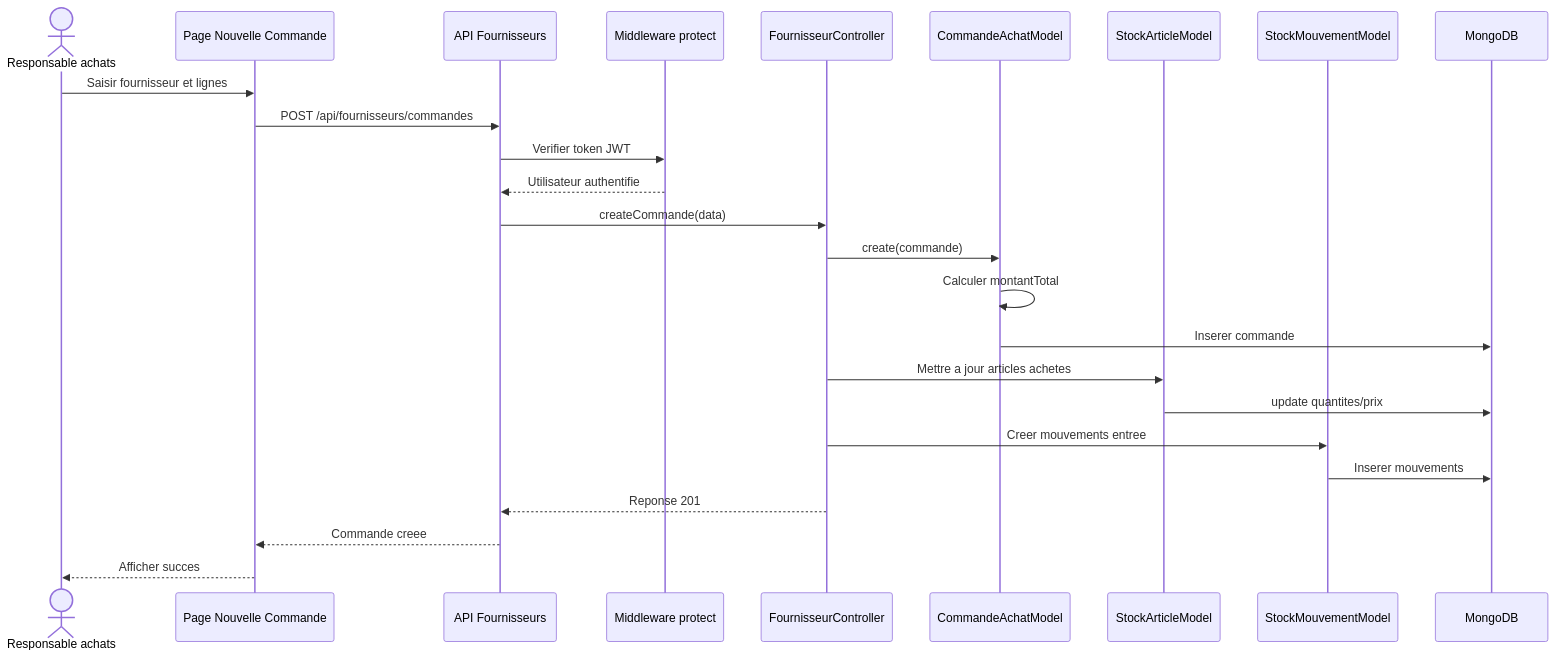
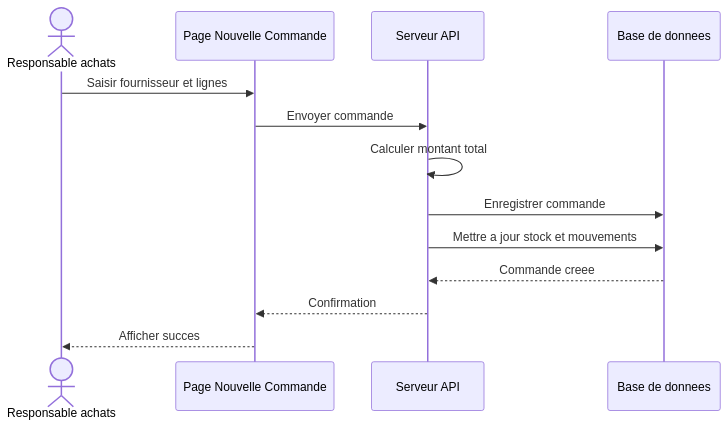
One commit to Youness-Ailal/bovins_cmc changed the diagram in tasks/hajar/sequence-create-commande.md. Above: the diagram before and after it, drawn with Mermaid. The commit also changed 14 other files, not shown here.

````diff
--- a/tasks/hajar/sequence-create-commande.md
+++ b/tasks/hajar/sequence-create-commande.md
@@ -3,28 +3,16 @@
 ```mermaid
 sequenceDiagram
     actor Responsable as Responsable achats
-    participant Frontend as Page Nouvelle Commande
-    participant API as API Fournisseurs
-    participant Middleware as Middleware protect
-    participant Controller as FournisseurController
-    participant Commande as CommandeAchatModel
-    participant Stock as StockArticleModel
-    participant Mouvement as StockMouvementModel
-    participant DB as MongoDB
+    participant Interface as Page Nouvelle Commande
+    participant Serveur as Serveur API
+    participant DB as Base de donnees
 
-    Responsable->>Frontend: Saisir fournisseur et lignes
-    Frontend->>API: POST /api/fournisseurs/commandes
-    API->>Middleware: Verifier token JWT
-    Middleware-->>API: Utilisateur authentifie
-    API->>Controller: createCommande(data)
-    Controller->>Commande: create(commande)
-    Commande->>Commande: Calculer montantTotal
-    Commande->>DB: Inserer commande
-    Controller->>Stock: Mettre a jour articles achetes
-    Stock->>DB: update quantites/prix
-    Controller->>Mouvement: Creer mouvements entree
-    Mouvement->>DB: Inserer mouvements
-    Controller-->>API: Reponse 201
-    API-->>Frontend: Commande creee
-    Frontend-->>Responsable: Afficher succes
+    Responsable->>Interface: Saisir fournisseur et lignes
+    Interface->>Serveur: Envoyer commande
+    Serveur->>Serveur: Calculer montant total
+    Serveur->>DB: Enregistrer commande
+    Serveur->>DB: Mettre a jour stock et mouvements
+    DB-->>Serveur: Commande creee
+    Serveur-->>Interface: Confirmation
+    Interface-->>Responsable: Afficher succes
 ```
````
